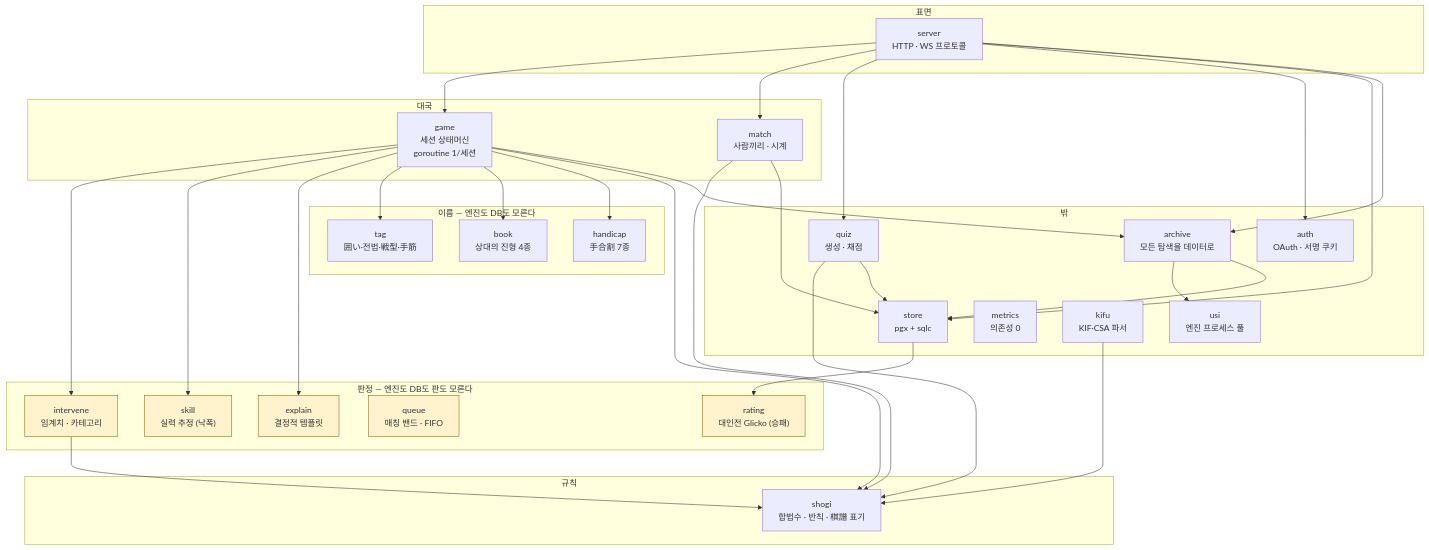
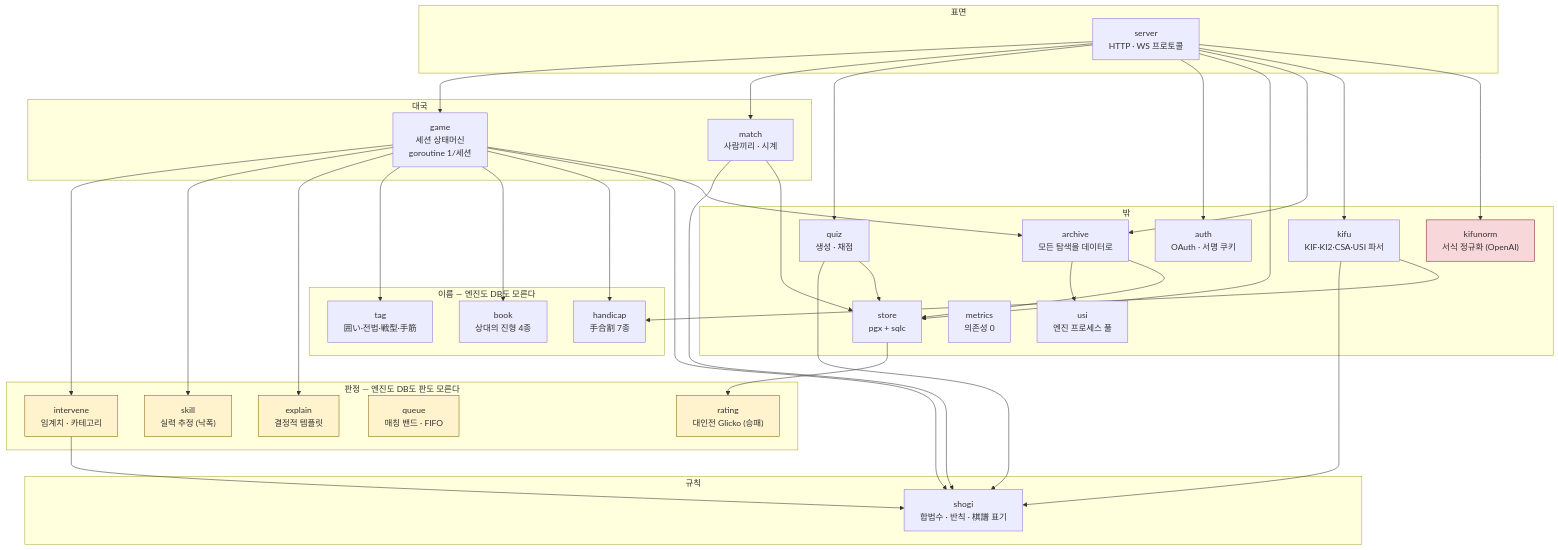
One commit to jovid18/show-gi changed the second of 8 diagrams in docs/spec/architecture.md. Above: the diagram before and after it, drawn with Mermaid. The commit also changed other lines of this file and 62 other files, not shown here.

````diff
--- a/docs/spec/architecture.md
+++ b/docs/spec/architecture.md
@@ -53,54 +53,56 @@
 ```mermaid
 flowchart TB
     subgraph edge["표면"]
         SV["server<br/>HTTP · WS 프로토콜"]
     end
 
     subgraph core["대국"]
         GM["game<br/>세션 상태머신<br/>goroutine 1/세션"]
         MT["match<br/>사람끼리 · 시계"]
     end
 
     subgraph judge["판정 — 엔진도 DB도 판도 모른다"]
         IV["intervene<br/>임계치 · 카테고리"]
         SK["skill<br/>실력 추정 (낙폭)"]
         RT["rating<br/>대인전 Glicko (승패)"]
         QU["queue<br/>매칭 밴드 · FIFO"]
         EX["explain<br/>결정적 템플릿"]
     end
 
     subgraph know["이름 — 엔진도 DB도 모른다"]
         TG["tag<br/>囲い·전법·戦型·手筋"]
         BK["book<br/>상대의 진형 4종"]
         HC["handicap<br/>手合割 7종"]
     end
 
     subgraph rules["규칙"]
         SH["shogi<br/>합법수 · 반칙 · 棋譜 표기"]
     end
 
     subgraph io["밖"]
         AR["archive<br/>모든 탐색을 데이터로"]
         US["usi<br/>엔진 프로세스 풀"]
         ST["store<br/>pgx + sqlc"]
         AU["auth<br/>OAuth · 서명 쿠키"]
         MX["metrics<br/>의존성 0"]
         QZ["quiz<br/>생성 · 채점"]
-        KF["kifu<br/>KIF·CSA 파서"]
+        KF["kifu<br/>KIF·KI2·CSA·USI 파서"]
+        KN["kifunorm<br/>서식 정규화 (OpenAI)"]
     end
 
-    SV --> GM & MT & QZ & AU & ST & AR
+    SV --> GM & MT & QZ & AU & ST & AR & KF & KN
     GM --> IV & SK & EX & TG & BK & HC & SH & AR
     MT --> SH & ST
     ST --> RT
     IV --> SH
     AR --> US & ST
     QZ --> SH & ST
-    KF --> SH
+    KF --> SH & HC
 
     style IV fill:#fff3cd,stroke:#856404
     style SK fill:#fff3cd,stroke:#856404
     style EX fill:#fff3cd,stroke:#856404
     style RT fill:#fff3cd,stroke:#856404
     style QU fill:#fff3cd,stroke:#856404
+    style KN fill:#f8d7da,stroke:#842029
 ```
````
